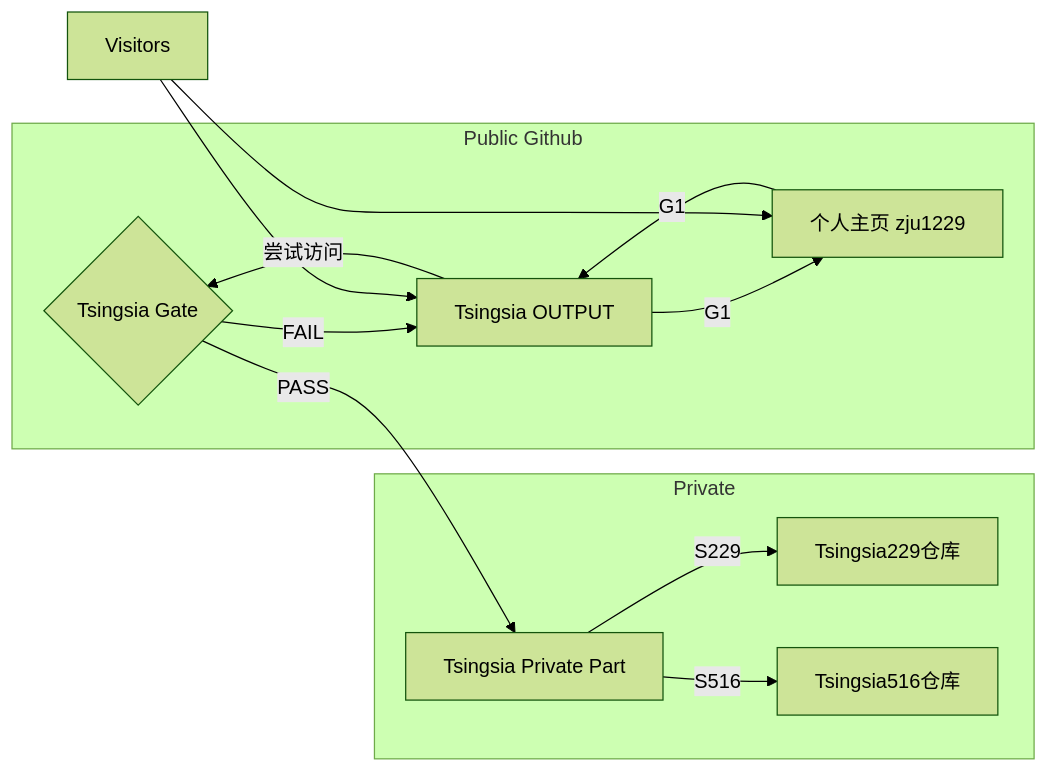
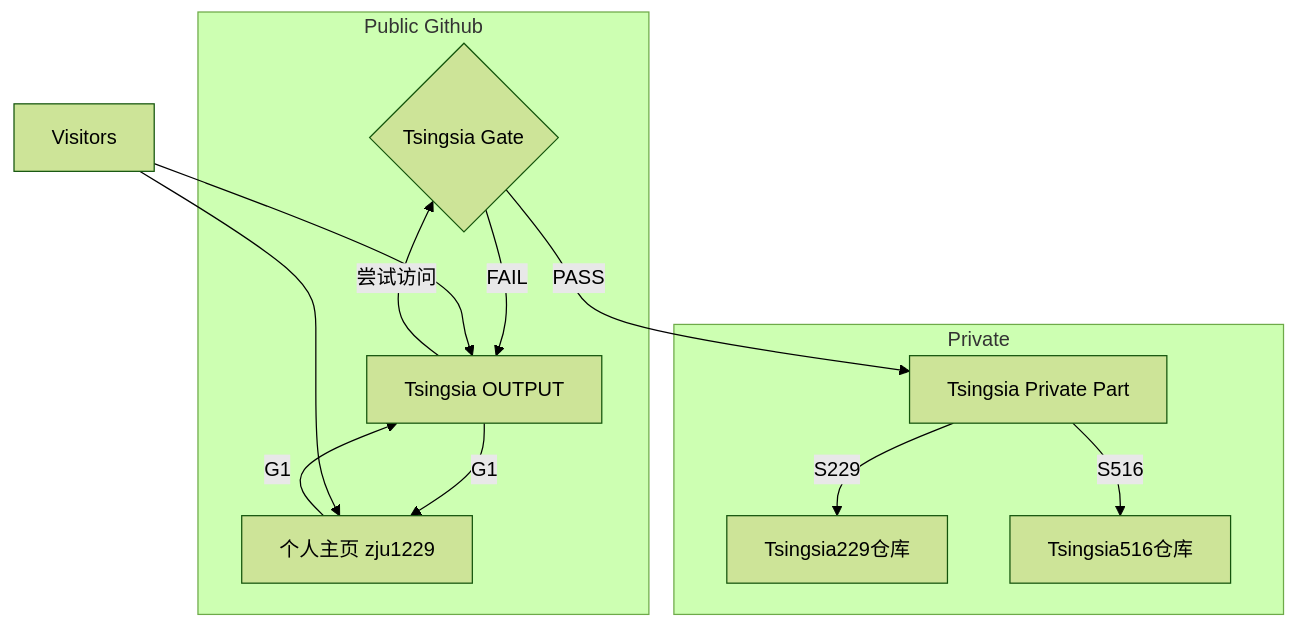
Before and after one commit to zju1229/Tsingsia229_OUTPUT: the first of 3 diagrams in README.md, drawn with Mermaid (forest theme).

````diff
--- a/README.md
+++ b/README.md
@@ -6,16 +6,16 @@
 ```mermaid
-graph LR
+graph TD
   subgraph Private
     A[Tsingsia Private Part] -->|S229| B[Tsingsia229仓库]
     A -->|S516| C[Tsingsia516仓库]
   end
   D{Tsingsia Gate} -->|PASS| A
   D -->|FAIL| E[Tsingsia OUTPUT]
   subgraph Public Github
     E -->|尝试访问| D
     E -->|G1| F[个人主页 zju1229]
     F -->|G1| E
   end
   G[Visitors] --> E
   G --> F
 ```
````
